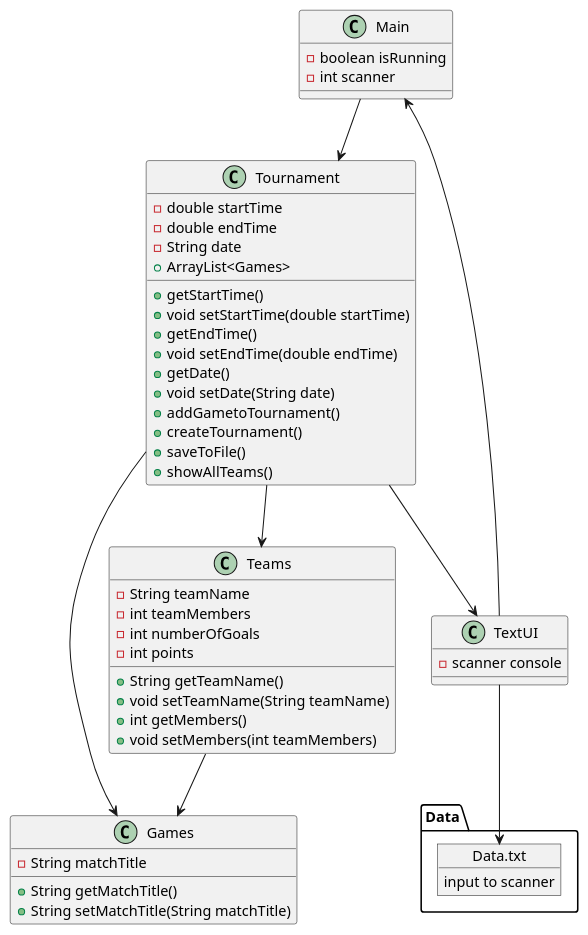
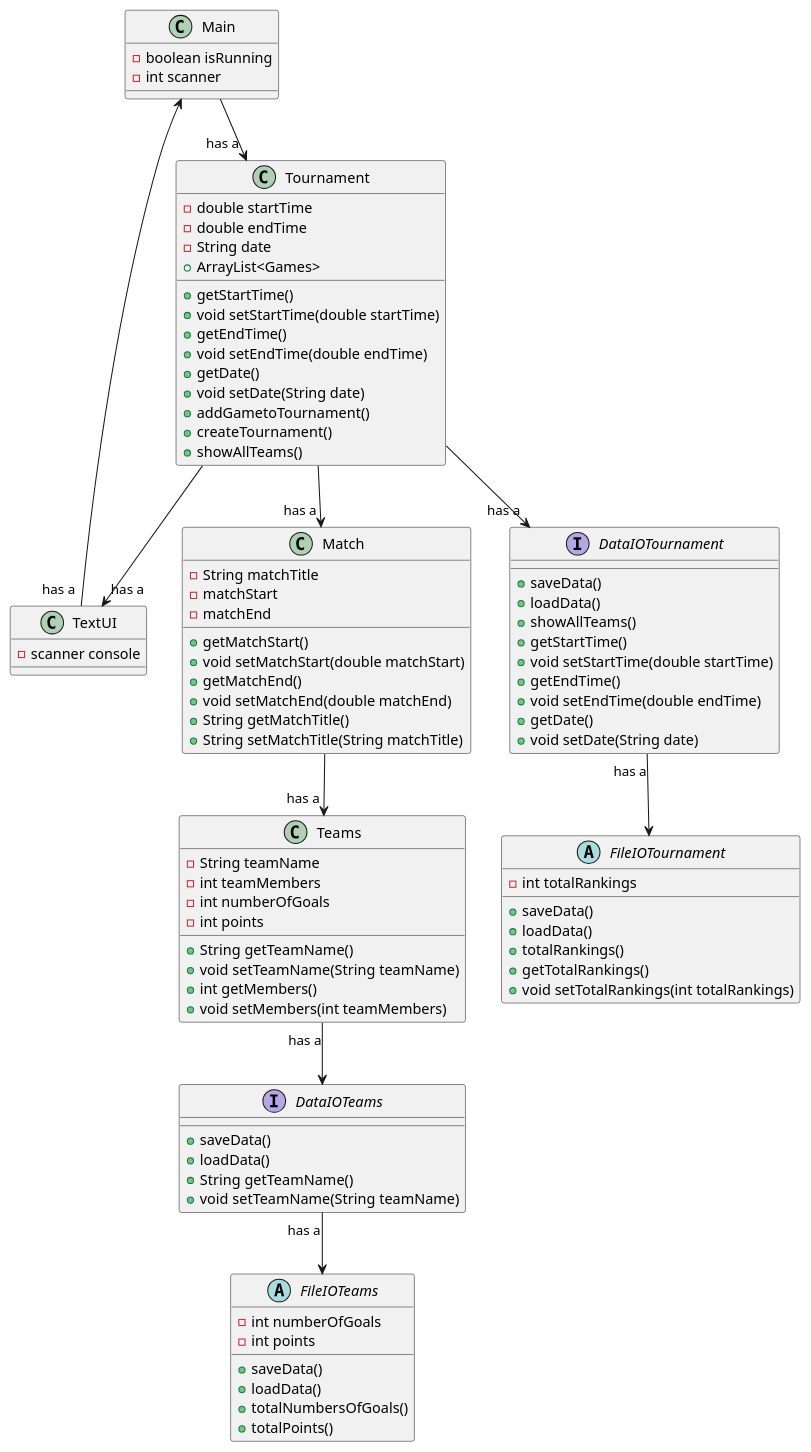
The diagram in src/dokumentation/ClassDiagram.puml (Ravnkilde1995/F22SP3-GroupJ), drawn with PlantUML before and after one commit. The commit also changed 4 other files, not shown here.

Commit message:
Updated ClassDiagram. added Match class added Tournament class

```diff
--- a/src/dokumentation/ClassDiagram.puml
+++ b/src/dokumentation/ClassDiagram.puml
@@ -1,60 +1,99 @@
 @startuml
-'https://plantuml.com/class-diagram
 
-object Data.txt {
-input to scanner
-}
-
-Main --> Tournament
-Tournament --> Games
-Tournament --> Teams
-Tournament --> TextUI
-Teams --> Games
-TextUI --> Data.txt
-TextUI --> Main
+Main --> "has a "Tournament
+Tournament --> "has a "TextUI
+Match --> "has a " Teams
+Tournament --> "has a " Match
+TextUI "has a "--> Main
+Tournament --> "has a" DataIOTournament
+Teams "has a"-->  DataIOTeams
+DataIOTeams "has a" --> FileIOTeams
+DataIOTournament "has a"-->FileIOTournament
 
 
 Class Main {
 - boolean isRunning
 - int scanner
 }
 
 Class Tournament {
 - double startTime
 - double endTime
 - String date
 + ArrayList<Games>
 + getStartTime()
 + void setStartTime(double startTime)
 + getEndTime()
 + void setEndTime(double endTime)
 + getDate()
 + void setDate(String date)
 + addGametoTournament()
 + createTournament()
-+ saveToFile()
 + showAllTeams()
+
 }
 
 Class Teams {
 - String teamName
 - int teamMembers
 - int numberOfGoals
 - int points
 + String getTeamName()
 + void setTeamName(String teamName)
 + int getMembers()
 + void setMembers(int teamMembers)
 }
 
 Class TextUI {
 - scanner console
 }
 
-Class Games {
+Class Match {
 - String matchTitle
+- matchStart
+- matchEnd
++ getMatchStart()
++ void setMatchStart(double matchStart)
++getMatchEnd()
++ void setMatchEnd(double matchEnd)
 + String getMatchTitle()
 + String setMatchTitle(String matchTitle)
 }
+interface DataIOTeams{
++ saveData()
++ loadData()
++ String getTeamName()
++ void setTeamName(String teamName)
+}
+abstract FileIOTeams{
+- int numberOfGoals
+- int points
++ saveData()
++ loadData()
++ totalNumbersOfGoals()
++totalPoints()
+}
+
+interface DataIOTournament{
++ saveData()
++ loadData()
++ showAllTeams()
++ getStartTime()
++ void setStartTime(double startTime)
++ getEndTime()
++ void setEndTime(double endTime)
++ getDate()
++ void setDate(String date)
+
+}
+abstract FileIOTournament{
+- int totalRankings
++saveData()
++ loadData()
++totalRankings()
++getTotalRankings()
++void setTotalRankings(int totalRankings)
+}
+
 
 @enduml
```
